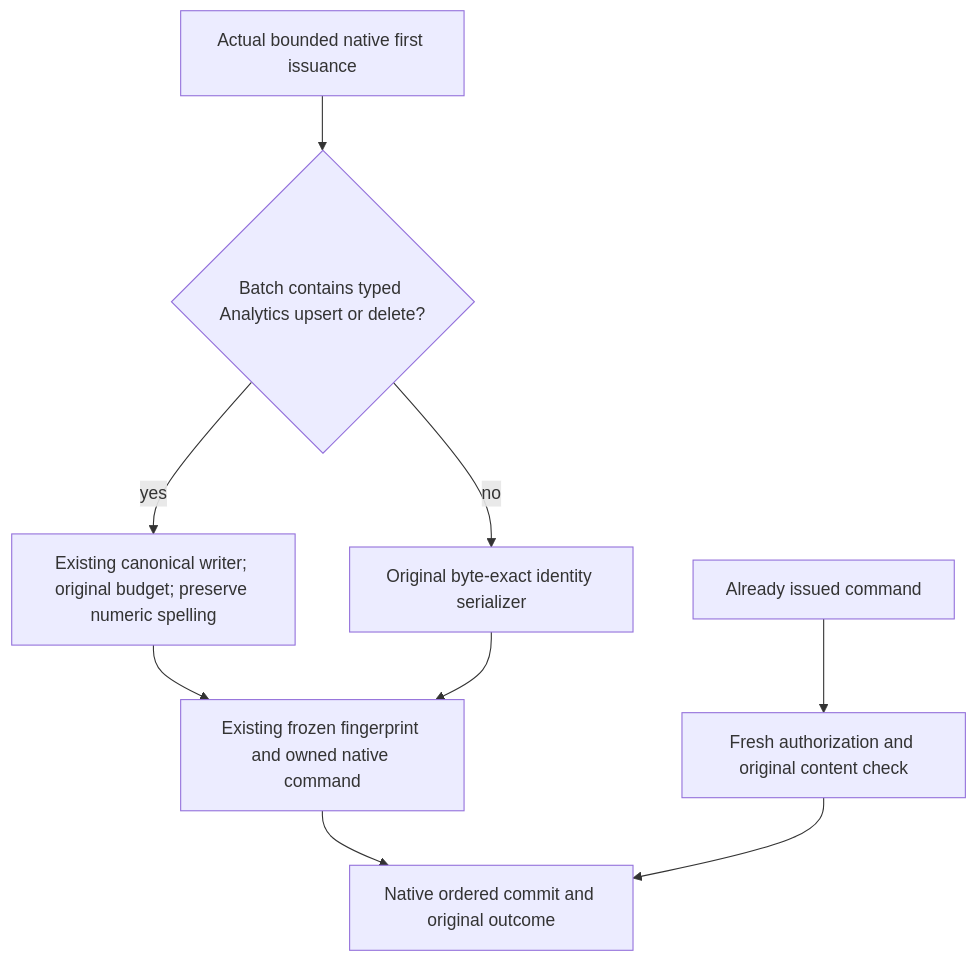
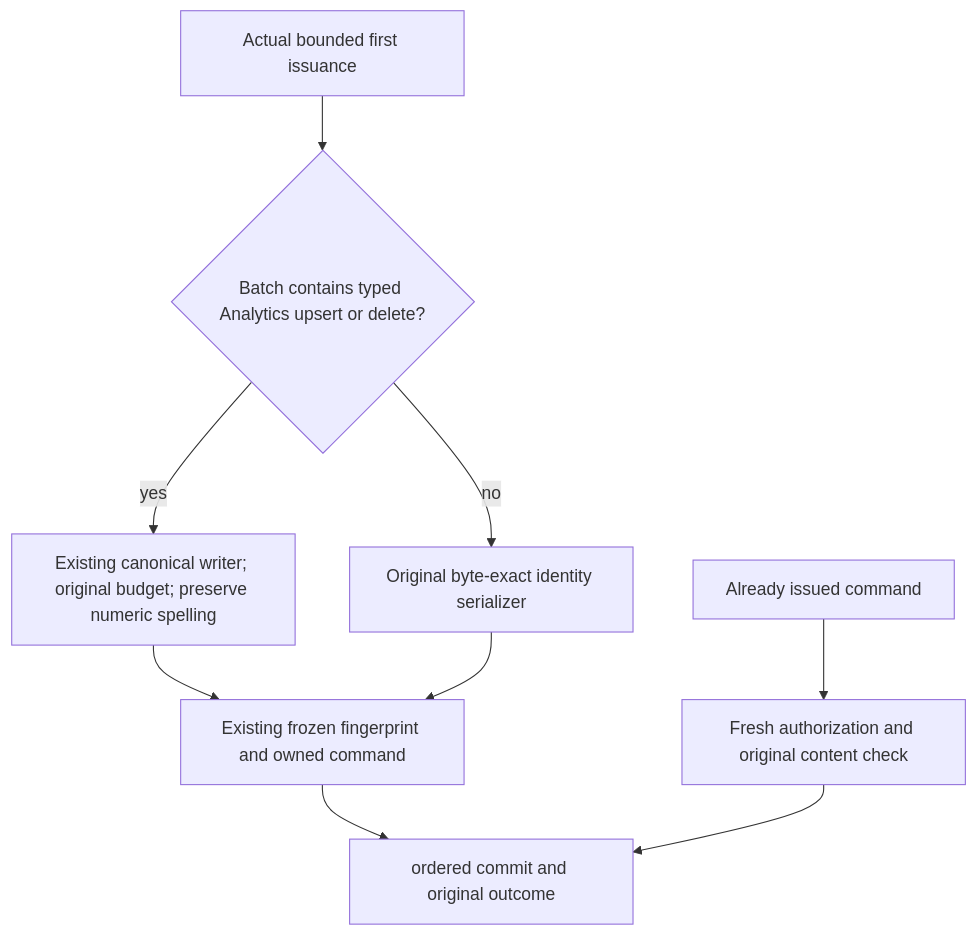
One commit to managedcode/KeyLoad changed the diagram in docs/ADR/ADR-140-new-analytics-command-identity.md. Above: the diagram before and after it, drawn with Mermaid. The commit also changed other lines of this file and 9016 other files, not shown here.

````diff
--- a/docs/ADR/ADR-140-new-analytics-command-identity.md
+++ b/docs/ADR/ADR-140-new-analytics-command-identity.md
@@ -23,11 +23,11 @@
 ```mermaid
 flowchart TD
-    A[Actual bounded native first issuance] --> B{Batch contains typed Analytics upsert or delete?}
+    A[Actual bounded first issuance] --> B{Batch contains typed Analytics upsert or delete?}
     B -->|yes| C[Existing canonical writer; original budget; preserve numeric spelling]
     B -->|no| D[Original byte-exact identity serializer]
-    C --> E[Existing frozen fingerprint and owned native command]
+    C --> E[Existing frozen fingerprint and owned command]
     D --> E
-    E --> F[Native ordered commit and original outcome]
+    E --> F[ordered commit and original outcome]
     G[Already issued command] --> H[Fresh authorization and original content check]
     H --> F
 ```
````
